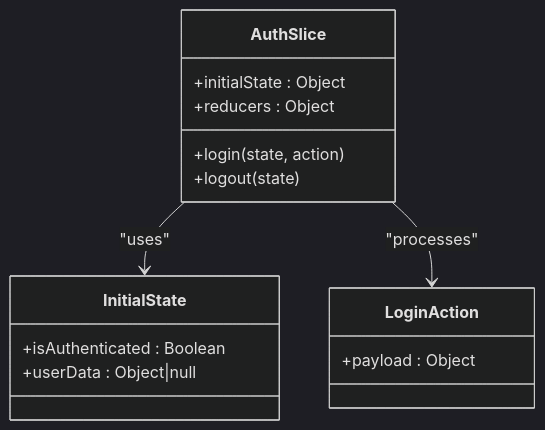
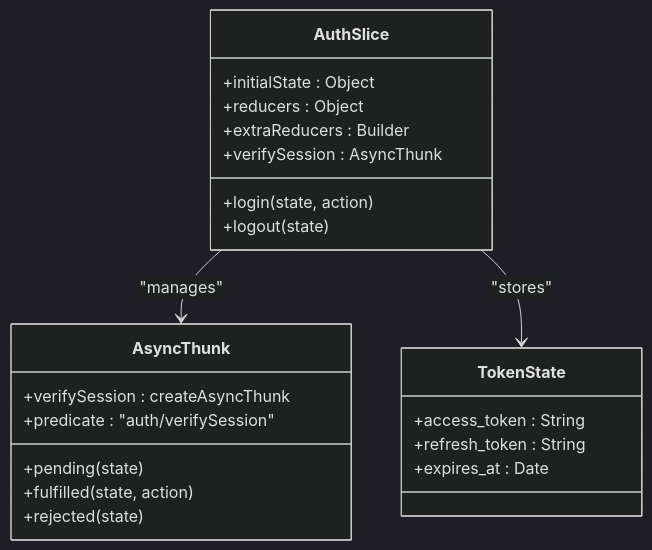
One commit to Aryan9060/Timetable-Project changed the third of 4 diagrams in .qoder/repowiki/en/content/Authentication & Authorization/Frontend Authentication State Management.md. Above: the diagram before and after it, drawn with Mermaid (dark theme). The commit also changed other lines of this file and 7 other files, not shown here.

````diff
--- a/.qoder/repowiki/en/content/Authentication & Authorization/Frontend Authentication State Management.md
+++ b/.qoder/repowiki/en/content/Authentication & Authorization/Frontend Authentication State Management.md
@@ -144,18 +179,25 @@
 ```mermaid
 classDiagram
 class AuthSlice {
 +initialState : Object
 +reducers : Object
++extraReducers : Builder
++verifySession : AsyncThunk
 +login(state, action)
 +logout(state)
 }
-class InitialState {
-+isAuthenticated : Boolean
-+userData : Object|null
+class AsyncThunk {
++verifySession : createAsyncThunk
++predicate : "auth/verifySession"
++pending(state)
++fulfilled(state, action)
++rejected(state)
 }
-class LoginAction {
-+payload : Object
+class TokenState {
++access_token : String
++refresh_token : String
++expires_at : Date
 }
-AuthSlice --> InitialState : "uses"
-AuthSlice --> LoginAction : "processes"
+AuthSlice --> AsyncThunk : "manages"
+AuthSlice --> TokenState : "stores"
 ```
````
